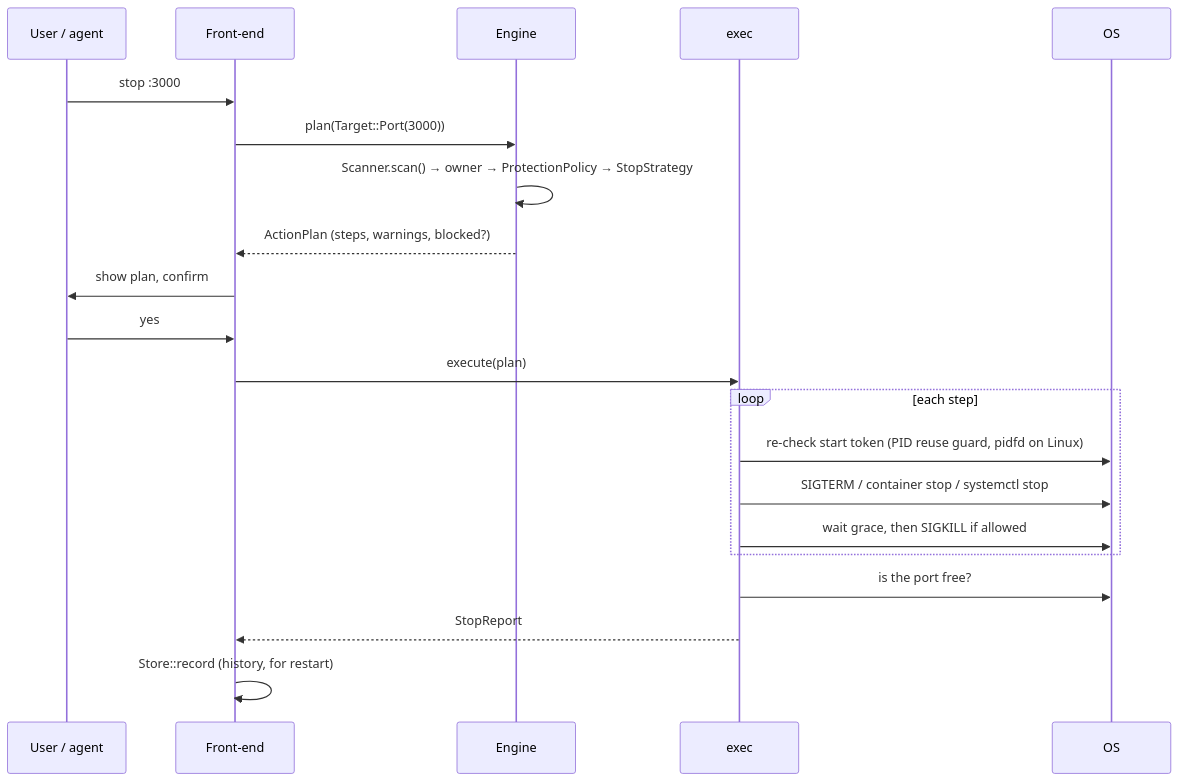
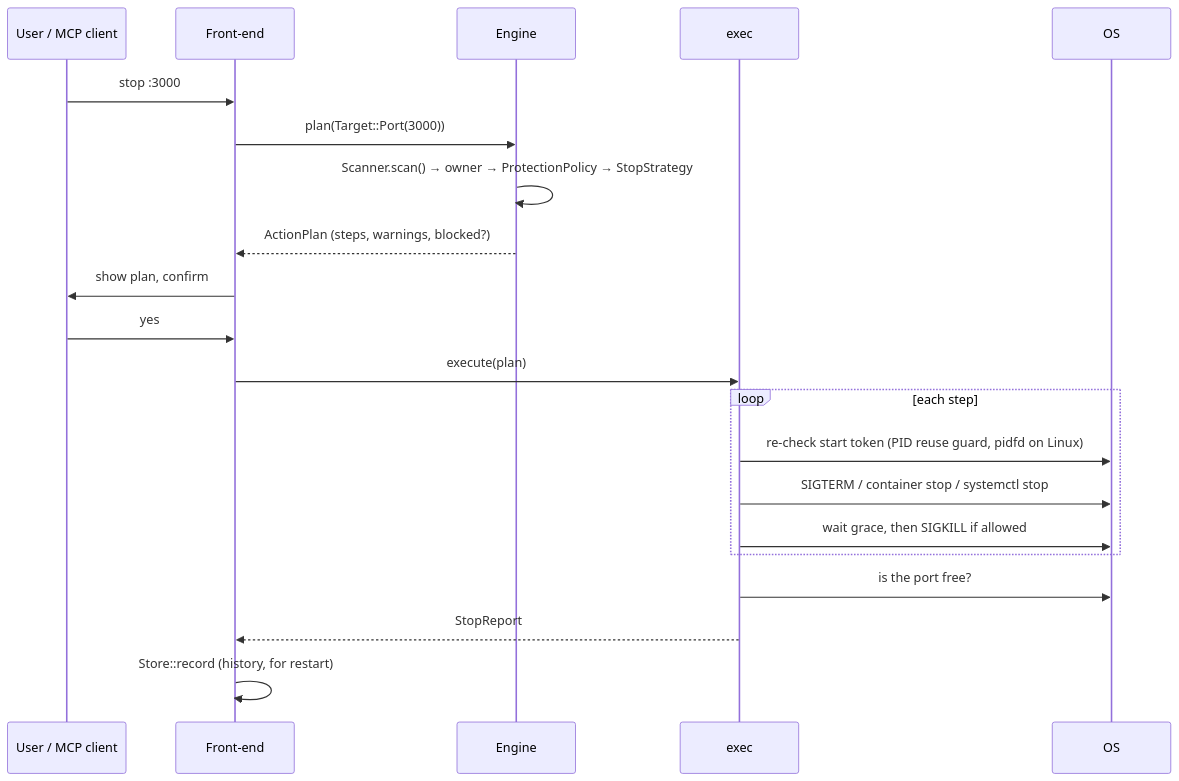
One commit to santoshshinde2012/holdmap changed the third of 6 diagrams in docs/architecture.md. Above: the diagram before and after it, drawn with Mermaid. The commit also changed other lines of this file and 55 other files, not shown here.

````diff
--- a/docs/architecture.md
+++ b/docs/architecture.md
@@ -82,23 +82,23 @@
 ```mermaid
 sequenceDiagram
-  participant U as User / agent
+  participant U as User / MCP client
   participant F as Front-end
   participant E as Engine
   participant X as exec
   participant OS
   U->>F: stop :3000
   F->>E: plan(Target::Port(3000))
   E->>E: Scanner.scan() → owner → ProtectionPolicy → StopStrategy
   E-->>F: ActionPlan (steps, warnings, blocked?)
   F->>U: show plan, confirm
   U->>F: yes
   F->>X: execute(plan)
   loop each step
     X->>OS: re-check start token (PID reuse guard, pidfd on Linux)
     X->>OS: SIGTERM / container stop / systemctl stop
     X->>OS: wait grace, then SIGKILL if allowed
   end
   X->>OS: is the port free?
   X-->>F: StopReport
   F->>F: Store::record (history, for restart)
 ```
````
